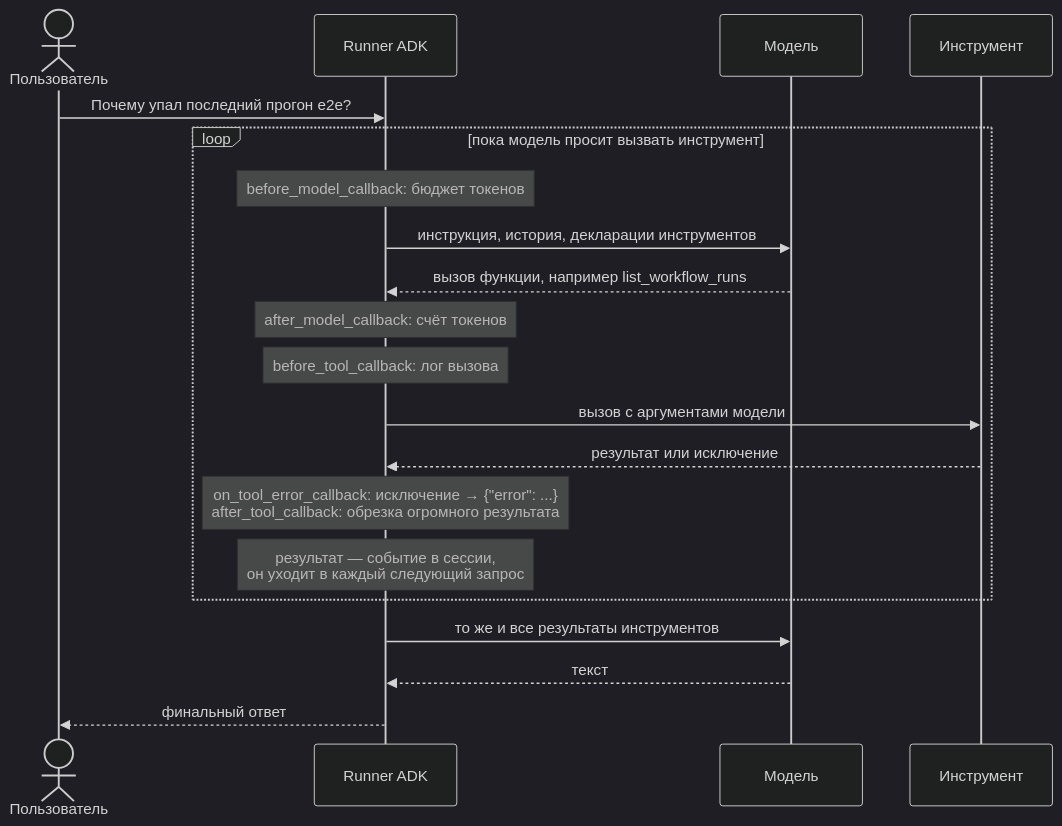
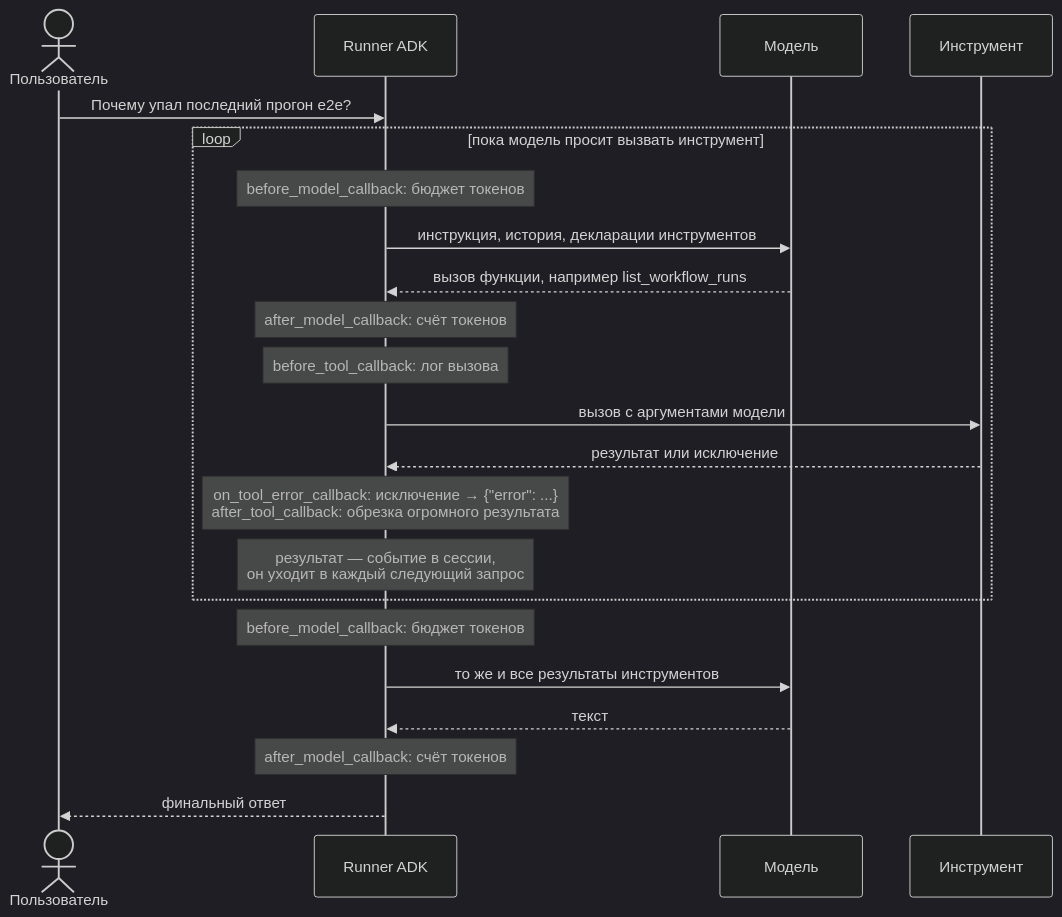
Before and after one commit to aqa-courses/qa-assistant-course-m1: the diagram in modules/m01/lesson.md, drawn with Mermaid (dark theme). The commit also changed other lines of this file and 1 other file, not shown here.

````diff
--- a/modules/m01/lesson.md
+++ b/modules/m01/lesson.md
@@ -192,22 +201,24 @@
 ```mermaid
 sequenceDiagram
     actor U as Пользователь
     participant R as Runner ADK
     participant M as Модель
     participant T as Инструмент
     U->>R: Почему упал последний прогон e2e?
     loop пока модель просит вызвать инструмент
         Note over R: before_model_callback: бюджет токенов
         R->>M: инструкция, история, декларации инструментов
         M-->>R: вызов функции, например list_workflow_runs
         Note over R: after_model_callback: счёт токенов
         Note over R: before_tool_callback: лог вызова
         R->>T: вызов с аргументами модели
         T-->>R: результат или исключение
         Note over R: on_tool_error_callback: исключение → {"error": ...}<br/>after_tool_callback: обрезка огромного результата
         Note over R: результат — событие в сессии,<br/>он уходит в каждый следующий запрос
     end
+    Note over R: before_model_callback: бюджет токенов
     R->>M: то же и все результаты инструментов
     M-->>R: текст
+    Note over R: after_model_callback: счёт токенов
     R-->>U: финальный ответ
 ```
````
